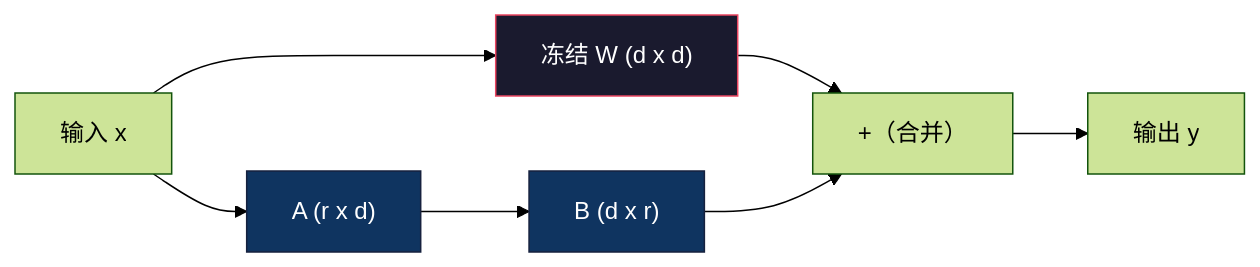
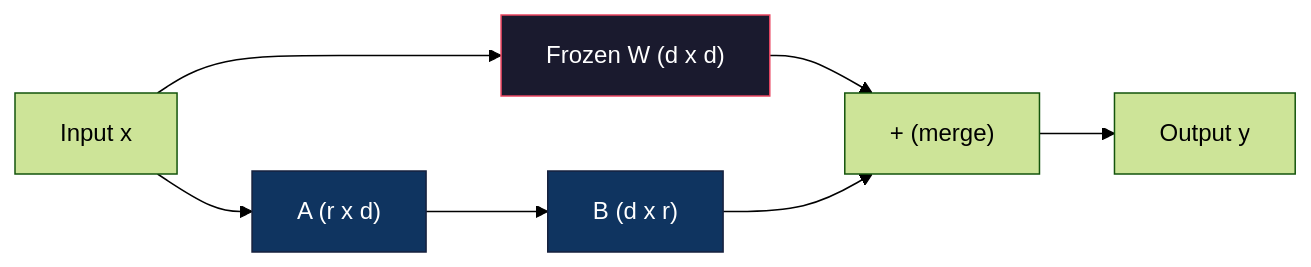
The first of 2 diagrams in i18n/zh/phases/11-llm-engineering/08-fine-tuning-lora/docs/zh.md (xiaojiaenen/ai-engineering-from-scratch-zh), drawn with Mermaid (forest theme) before and after one commit. The commit also changed other lines of this file and 17 other files, not shown here.

````diff
--- a/i18n/zh/phases/11-llm-engineering/08-fine-tuning-lora/docs/zh.md
+++ b/i18n/zh/phases/11-llm-engineering/08-fine-tuning-lora/docs/zh.md
@@ -61,13 +61,13 @@
 ```mermaid
 graph LR
-    X["输入 x"] --> W["冻结 W (d x d)"]
+    X["Input x"] --> W["Frozen W (d x d)"]
     X --> A["A (r x d)"]
     A --> B["B (d x r)"]
-    W --> Plus["+（合并）"]
+    W --> Plus["+ (merge)"]
     B --> Plus
-    Plus --> Y["输出 y"]
+    Plus --> Y["Output y"]
 
     style W fill:#1a1a2e,stroke:#e94560,color:#fff
     style A fill:#0f3460,stroke:#16213e,color:#fff
     style B fill:#0f3460,stroke:#16213e,color:#fff
 ```
````
